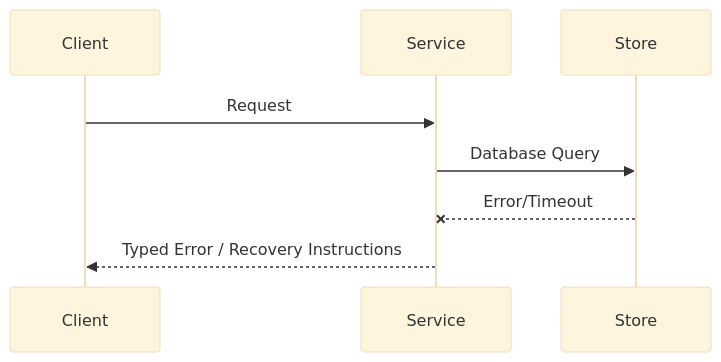
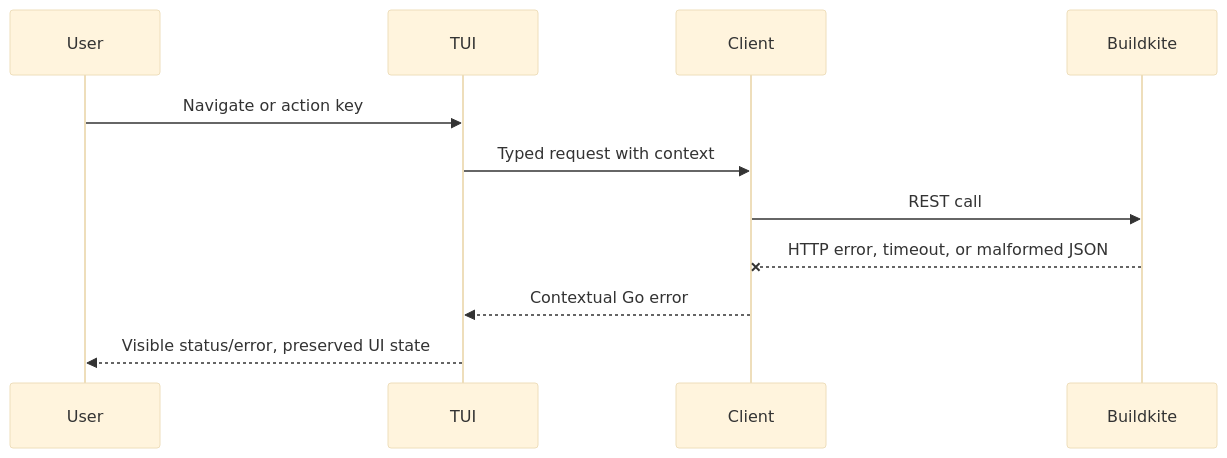
The second of 2 diagrams in .decapod/generated/specs/ARCHITECTURE.md (alexhraber/builddeck), drawn with Mermaid (base theme) before and after one commit. The commit also changed other lines of this file and 9 other files, not shown here.

````diff
--- a/.decapod/generated/specs/ARCHITECTURE.md
+++ b/.decapod/generated/specs/ARCHITECTURE.md
@@ -53,10 +81,13 @@
 ```mermaid
 sequenceDiagram
+  participant User
+  participant TUI
   participant Client
-  participant Service
-  participant Store
-  Client->>Service: Request
-  Service->>Store: Database Query
-  Store--xService: Error/Timeout
-  Service-->>Client: Typed Error / Recovery Instructions
+  participant Buildkite
+  User->>TUI: Navigate or action key
+  TUI->>Client: Typed request with context
+  Client->>Buildkite: REST call
+  Buildkite--xClient: HTTP error, timeout, or malformed JSON
+  Client-->>TUI: Contextual Go error
+  TUI-->>User: Visible status/error, preserved UI state
 ```
````
